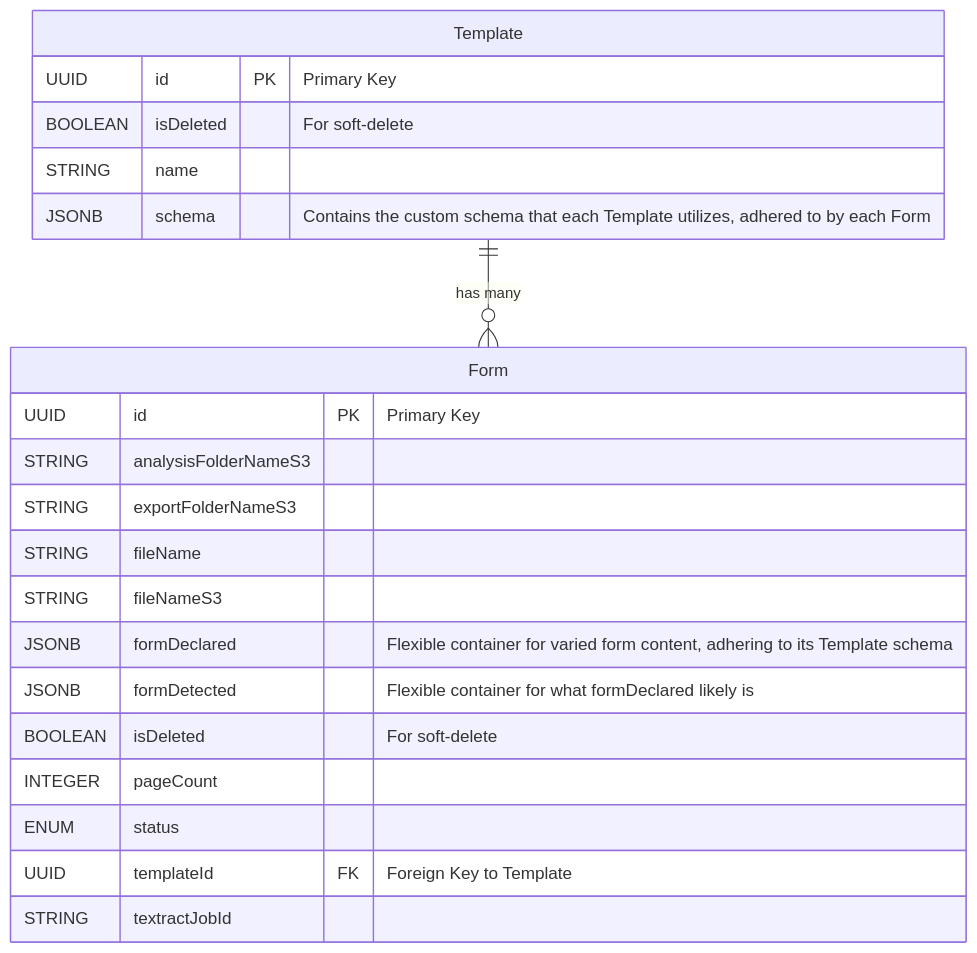
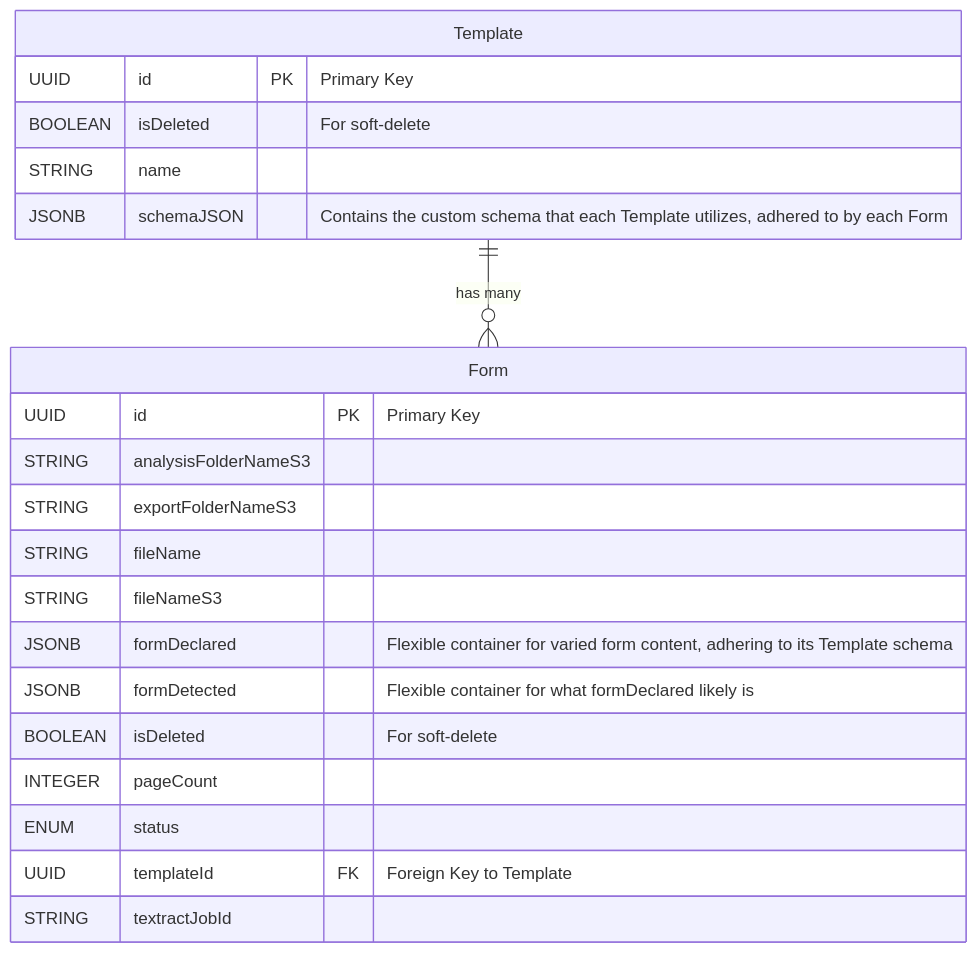
The third of 4 diagrams in README.md (rob-mosher/form-toolbox-app), drawn with Mermaid before and after one commit. The commit also changed 7 other files, not shown here.

Commit message:
Refactor schema to schemaJSON for clarity

````diff
--- a/README.md
+++ b/README.md
@@ -115,26 +115,26 @@
 ```mermaid
 erDiagram
   Form {
     UUID id PK "Primary Key"
     STRING analysisFolderNameS3
     STRING exportFolderNameS3
     STRING fileName
     STRING fileNameS3
     JSONB formDeclared "Flexible container for varied form content, adhering to its Template schema"
     JSONB formDetected "Flexible container for what formDeclared likely is"
     BOOLEAN isDeleted "For soft-delete"
     INTEGER pageCount
     ENUM status
     UUID templateId FK "Foreign Key to Template"
     STRING textractJobId
   }
 
   Template {
     UUID id PK "Primary Key"
     BOOLEAN isDeleted "For soft-delete"
     STRING name
-    JSONB schema "Contains the custom schema that each Template utilizes, adhered to by each Form"
+    JSONB schemaJSON "Contains the custom schema that each Template utilizes, adhered to by each Form"
   }
 
 Template ||--o{ Form : "has many"
 ```
````
